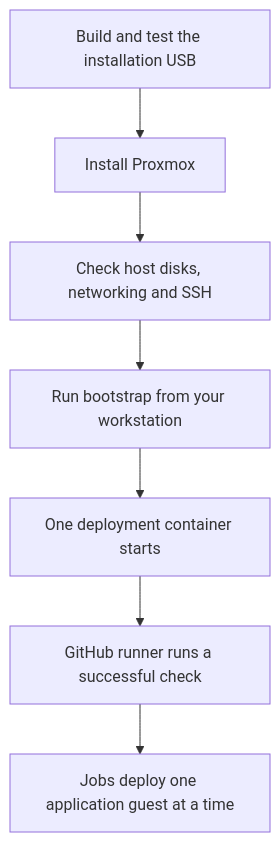
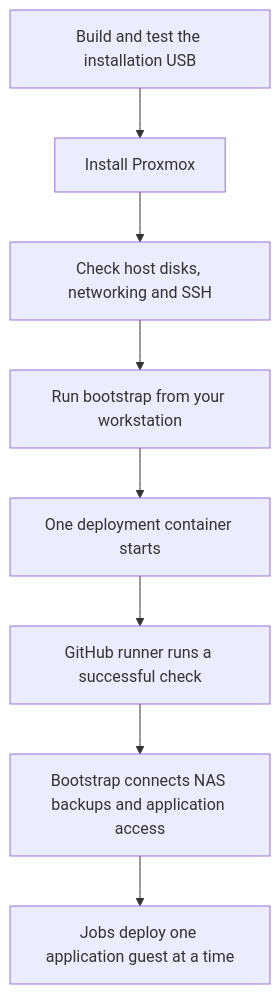
One commit to theaussiepom/homelab changed the diagram in proxmox/README.md. Above: the diagram before and after it, drawn with Mermaid. The commit also changed 25 other files, not shown here.

````diff
--- a/proxmox/README.md
+++ b/proxmox/README.md
@@ -13,9 +13,10 @@
 ```mermaid
 flowchart TD
     A[Build and test the installation USB] --> B[Install Proxmox]
     B --> C[Check host disks, networking and SSH]
     C --> D[Run bootstrap from your workstation]
     D --> E[One deployment container starts]
     E --> F[GitHub runner runs a successful check]
-    F --> G[Jobs deploy one application guest at a time]
+    F --> N[Bootstrap connects NAS backups and application access]
+    N --> G[Jobs deploy one application guest at a time]
 ```
````
